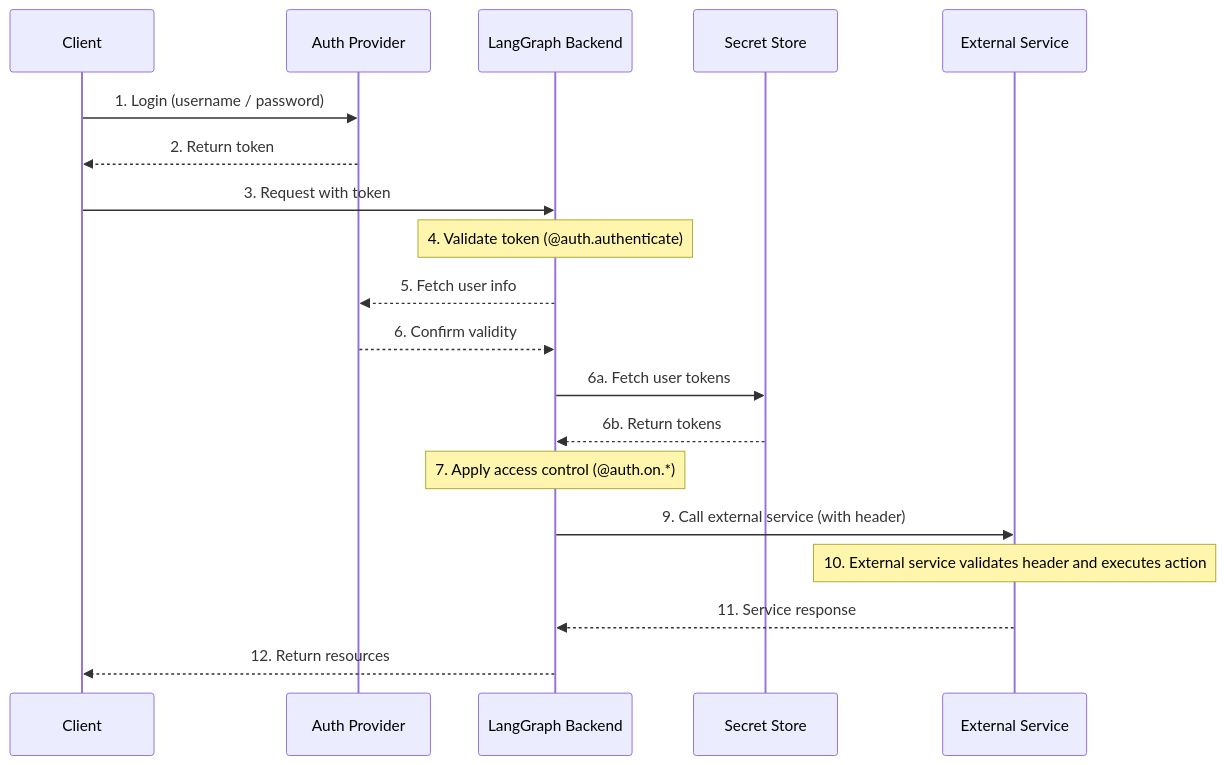
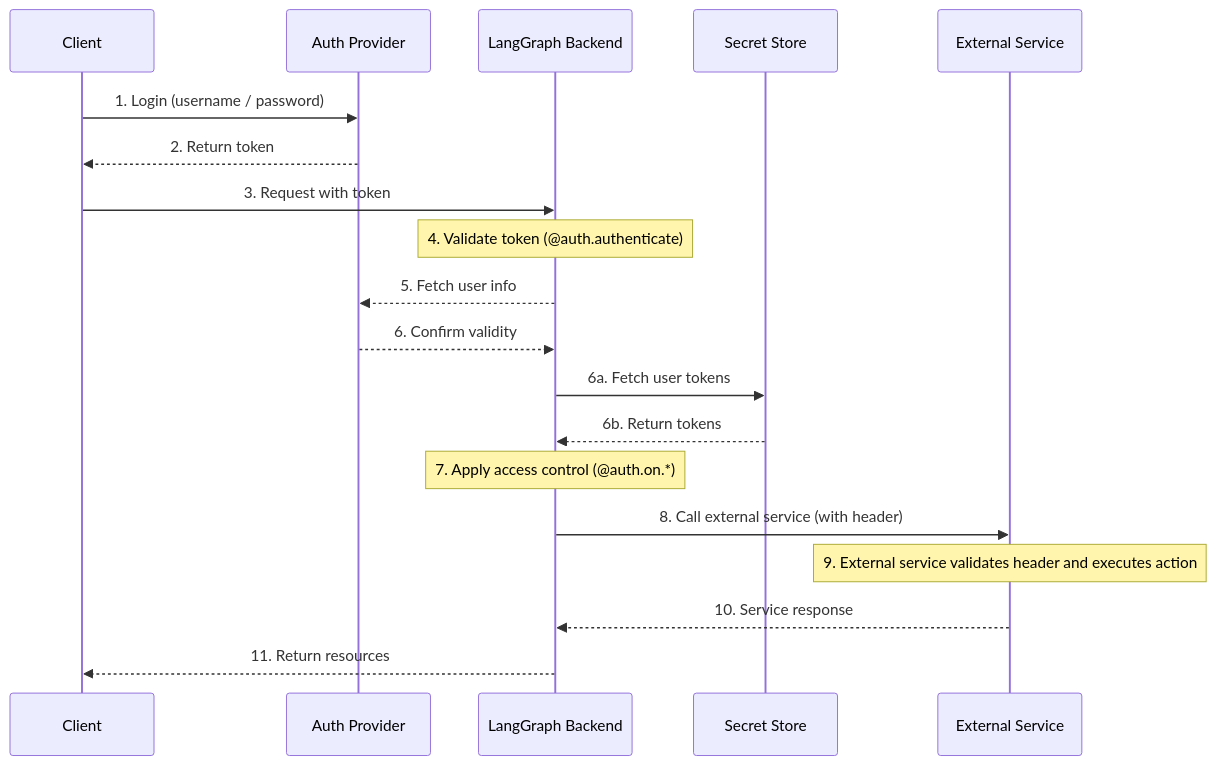
Before and after one commit to langchain-ai/langgraph: the first of 2 diagrams in docs/docs/how-tos/auth/user_agent_auth.md, drawn with Mermaid.

````diff
--- a/docs/docs/how-tos/auth/user_agent_auth.md
+++ b/docs/docs/how-tos/auth/user_agent_auth.md
@@ -35,32 +35,32 @@
 ```mermaid
 sequenceDiagram
   %% Actors
   participant ClientApp as Client
   participant AuthProv  as Auth Provider
   participant LangGraph as LangGraph Backend
   participant SecretStore as Secret Store
   participant ExternalService as External Service
 
   %% Platform login / AuthN
   ClientApp  ->> AuthProv: 1. Login (username / password)
   AuthProv   -->> ClientApp: 2. Return token
   ClientApp  ->> LangGraph: 3. Request with token
 
   Note over LangGraph: 4. Validate token (@auth.authenticate)
   LangGraph  -->> AuthProv: 5. Fetch user info
   AuthProv   -->> LangGraph: 6. Confirm validity
 
   %% Fetch user tokens from secret store
   LangGraph  ->> SecretStore: 6a. Fetch user tokens
   SecretStore -->> LangGraph: 6b. Return tokens
 
   Note over LangGraph: 7. Apply access control (@auth.on.*)
 
   %% External Service round-trip
-  LangGraph  ->> ExternalService: 9. Call external service (with header)
-  Note over ExternalService: 10. External service validates header and executes action
-  ExternalService  -->> LangGraph: 11. Service response
+  LangGraph  ->> ExternalService: 8. Call external service (with header)
+  Note over ExternalService: 9. External service validates header and executes action
+  ExternalService  -->> LangGraph: 10. Service response
 
   %% Return to caller
-  LangGraph  -->> ClientApp: 12. Return resources 
+  LangGraph  -->> ClientApp: 11. Return resources 
 ```
````
